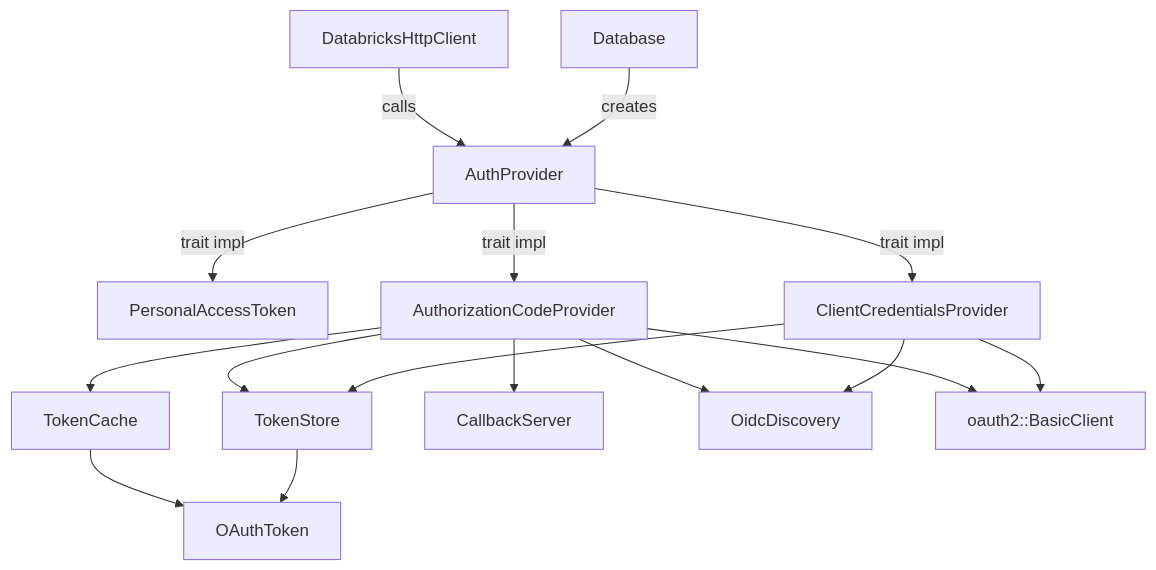
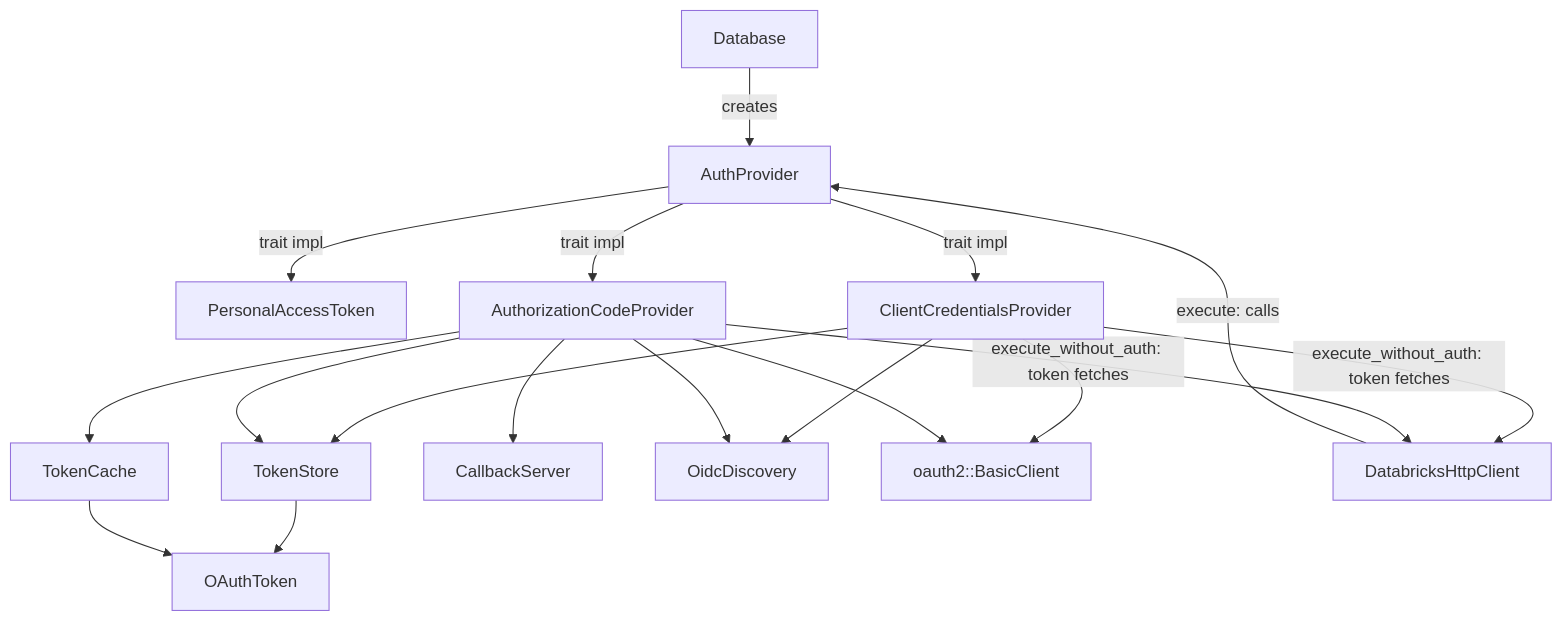
The first of 4 diagrams in rust/docs/designs/oauth-u2m-m2m-design.md (adbc-drivers/databricks), drawn with Mermaid before and after one commit. The commit also changed other lines of this file, not shown here.

````diff
--- a/rust/docs/designs/oauth-u2m-m2m-design.md
+++ b/rust/docs/designs/oauth-u2m-m2m-design.md
@@ -26,23 +26,25 @@
 ```mermaid
 graph TD
     DB[Database] -->|creates| AP[AuthProvider]
     AP -->|trait impl| PAT[PersonalAccessToken]
     AP -->|trait impl| M2M[ClientCredentialsProvider]
     AP -->|trait impl| U2M[AuthorizationCodeProvider]
 
     M2M --> TS[TokenStore]
     U2M --> TS
     U2M --> TC[TokenCache]
     U2M --> CB[CallbackServer]
 
     M2M --> OIDC[OidcDiscovery]
     U2M --> OIDC
 
     M2M --> OC[oauth2::BasicClient]
     U2M --> OC
 
     TS --> TK[OAuthToken]
     TC --> TK
 
-    HC[DatabricksHttpClient] -->|calls| AP
+    HC[DatabricksHttpClient] -->|execute: calls| AP
+    M2M -->|execute_without_auth: token fetches| HC
+    U2M -->|execute_without_auth: token fetches| HC
 ```
````
